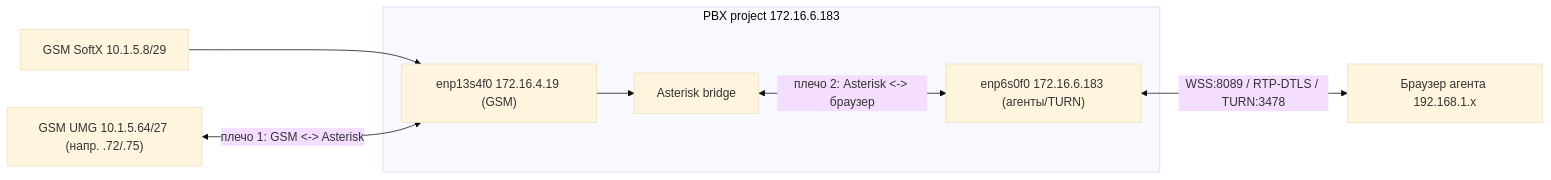
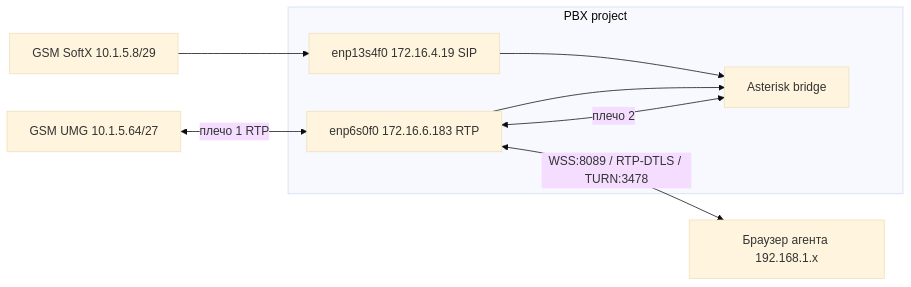
The diagram in asterisk-cc-phase1/ops/audio-two-way-runbook.md (TagaevS13/Call-Center), drawn with Mermaid (base theme) before and after one commit. The commit also changed other lines of this file and 129 other files, not shown here.

````diff
--- a/asterisk-cc-phase1/ops/audio-two-way-runbook.md
+++ b/asterisk-cc-phase1/ops/audio-two-way-runbook.md
@@ -9,15 +9,16 @@
 ```mermaid
 flowchart LR
-  GSM["GSM UMG 10.1.5.64/27 (напр. .72/.75)"]
+  GSM["GSM UMG 10.1.5.64/27"]
   SIG["GSM SoftX 10.1.5.8/29"]
-  subgraph PBX["PBX project 172.16.6.183"]
-    NIC2["enp13s4f0 172.16.4.19 (GSM)"]
-    NIC1["enp6s0f0 172.16.6.183 (агенты/TURN)"]
+  subgraph PBX["PBX project"]
+    NICsig["enp13s4f0 172.16.4.19 SIP"]
+    NICrtp["enp6s0f0 172.16.6.183 RTP"]
     AST["Asterisk bridge"]
   end
   BR["Браузер агента 192.168.1.x"]
-  SIG --> NIC2 --> AST
-  GSM <-->|"плечо 1: GSM <-> Asterisk"| NIC2
-  AST <-->|"плечо 2: Asterisk <-> браузер"| NIC1
-  NIC1 <-->|"WSS:8089 / RTP-DTLS / TURN:3478"| BR
+  SIG --> NICsig --> AST
+  GSM <-->|"плечо 1 RTP"| NICrtp
+  NICrtp --> AST
+  AST <-->|"плечо 2"| NICrtp
+  NICrtp <-->|"WSS:8089 / RTP-DTLS / TURN:3478"| BR
 ```
````
